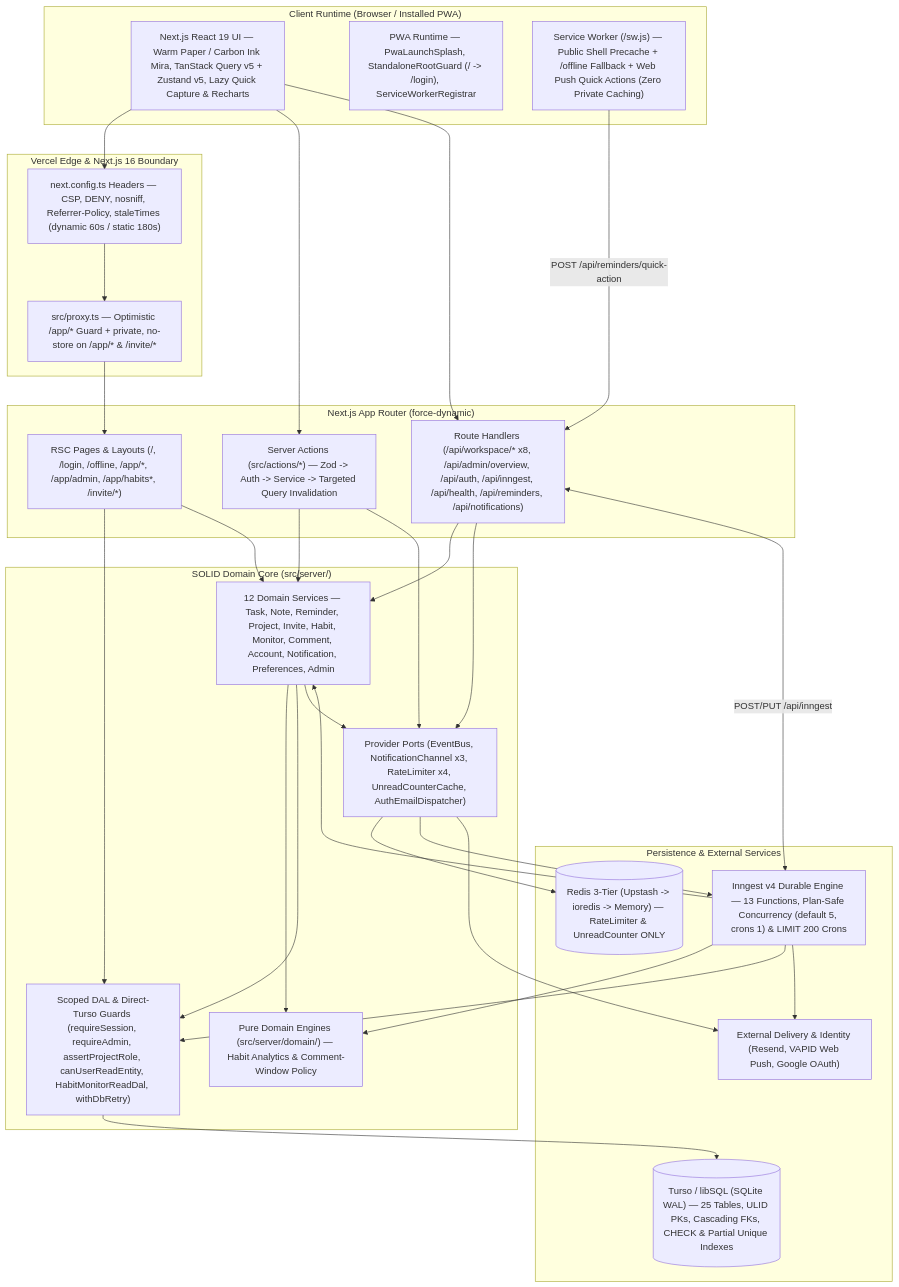
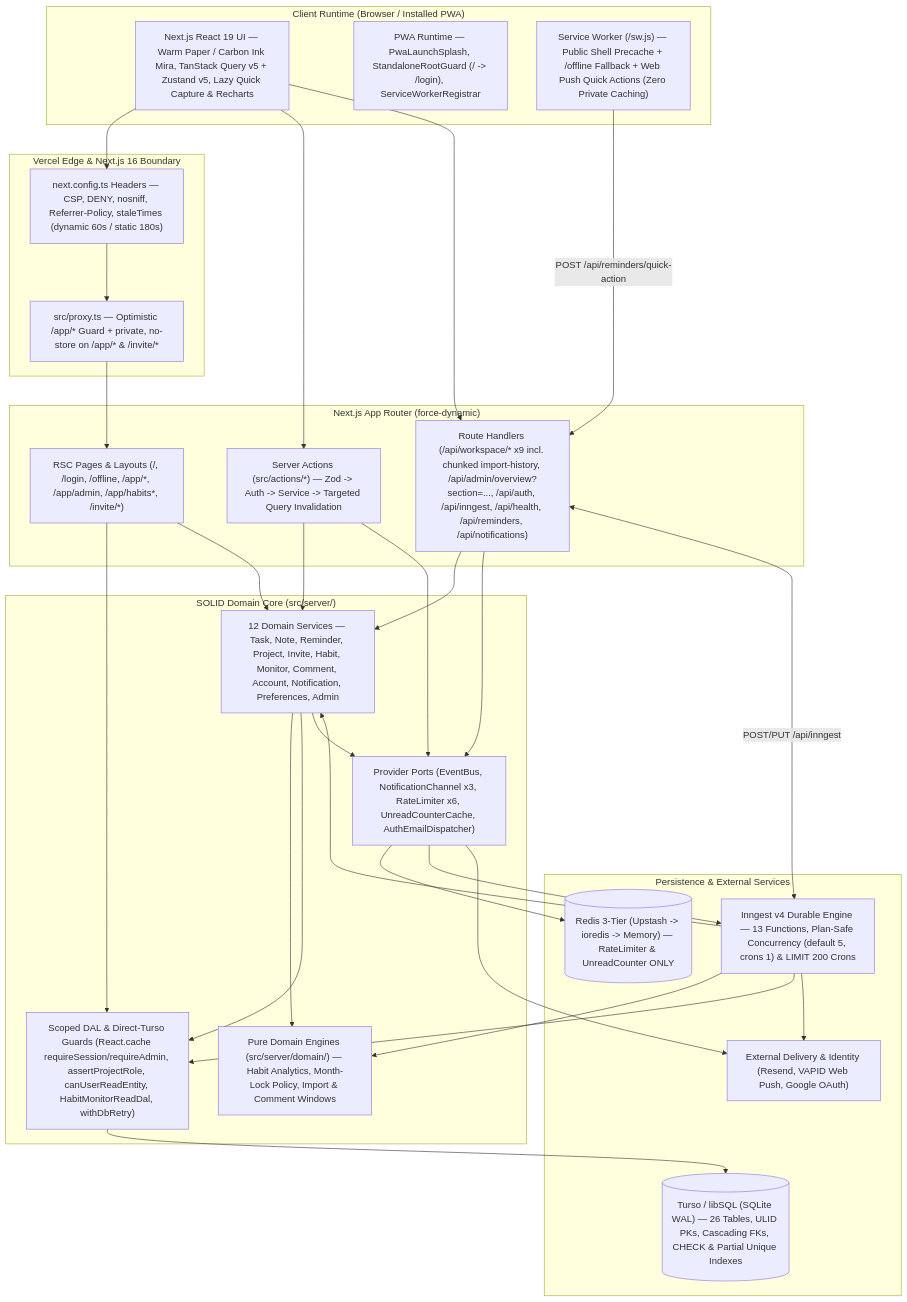
Before and after one commit to Marvin-MM/folio_tracker: the first of 11 diagrams in docs/ARCHITECTURE.md, drawn with Mermaid. The commit also changed other lines of this file and 43 other files, not shown here.

Commit message:
feat(habits,admin): chunked history import, dynamic month locking & fast admin navigation

````diff
--- a/docs/ARCHITECTURE.md
+++ b/docs/ARCHITECTURE.md
@@ -11,57 +11,57 @@
 ```mermaid
 flowchart TB
   subgraph Client["Client Runtime (Browser / Installed PWA)"]
     UI["Next.js React 19 UI — Warm Paper / Carbon Ink Mira, TanStack Query v5 + Zustand v5, Lazy Quick Capture & Recharts"]
     PWA["PWA Runtime — PwaLaunchSplash, StandaloneRootGuard (/ -> /login), ServiceWorkerRegistrar"]
     SW["Service Worker (/sw.js) — Public Shell Precache + /offline Fallback + Web Push Quick Actions (Zero Private Caching)"]
   end
 
   subgraph Edge["Vercel Edge & Next.js 16 Boundary"]
     HDR["next.config.ts Headers — CSP, DENY, nosniff, Referrer-Policy, staleTimes (dynamic 60s / static 180s)"]
     PRX["src/proxy.ts — Optimistic /app/* Guard + private, no-store on /app/* & /invite/*"]
   end
 
   subgraph App["Next.js App Router (force-dynamic)"]
     RSC["RSC Pages & Layouts (/, /login, /offline, /app/*, /app/admin, /app/habits*, /invite/*)"]
     ACT["Server Actions (src/actions/*) — Zod -> Auth -> Service -> Targeted Query Invalidation"]
-    API["Route Handlers (/api/workspace/* x8, /api/admin/overview, /api/auth, /api/inngest, /api/health, /api/reminders, /api/notifications)"]
+    API["Route Handlers (/api/workspace/* x9 incl. chunked import-history, /api/admin/overview?section=..., /api/auth, /api/inngest, /api/health, /api/reminders, /api/notifications)"]
   end
 
   subgraph Core["SOLID Domain Core (src/server/)"]
-    DOM["Pure Domain Engines (src/server/domain/) — Habit Analytics & Comment-Window Policy"]
+    DOM["Pure Domain Engines (src/server/domain/) — Habit Analytics, Month-Lock Policy, Import & Comment Windows"]
     SVC["12 Domain Services — Task, Note, Reminder, Project, Invite, Habit, Monitor, Comment, Account, Notification, Preferences, Admin"]
-    DAL["Scoped DAL & Direct-Turso Guards (requireSession, requireAdmin, assertProjectRole, canUserReadEntity, HabitMonitorReadDal, withDbRetry)"]
-    PRV["Provider Ports (EventBus, NotificationChannel x3, RateLimiter x4, UnreadCounterCache, AuthEmailDispatcher)"]
+    DAL["Scoped DAL & Direct-Turso Guards (React.cache requireSession/requireAdmin, assertProjectRole, canUserReadEntity, HabitMonitorReadDal, withDbRetry)"]
+    PRV["Provider Ports (EventBus, NotificationChannel x3, RateLimiter x6, UnreadCounterCache, AuthEmailDispatcher)"]
   end
 
   subgraph Infra["Persistence & External Services"]
-    DB[("Turso / libSQL (SQLite WAL) — 25 Tables, ULID PKs, Cascading FKs, CHECK & Partial Unique Indexes")]
+    DB[("Turso / libSQL (SQLite WAL) — 26 Tables, ULID PKs, Cascading FKs, CHECK & Partial Unique Indexes")]
     RDS[("Redis 3-Tier (Upstash -> ioredis -> Memory) — RateLimiter & UnreadCounter ONLY")]
     ING["Inngest v4 Durable Engine — 13 Functions, Plan-Safe Concurrency (default 5, crons 1) & LIMIT 200 Crons"]
     EXT["External Delivery & Identity (Resend, VAPID Web Push, Google OAuth)"]
   end
 
   UI --> HDR --> PRX --> RSC
   UI --> ACT
   UI --> API
   SW -->|"POST /api/reminders/quick-action"| API
 
   RSC --> DAL
   RSC --> SVC
   ACT --> SVC
   ACT --> PRV
   API --> SVC
   API --> PRV
   API <-->|"POST/PUT /api/inngest"| ING
 
   SVC --> DOM
   SVC --> DAL --> DB
   SVC --> PRV
   PRV --> RDS
   PRV --> ING
   PRV --> EXT
   ING --> DOM
   ING --> SVC
   ING --> DAL
   ING --> EXT
 ```
````
